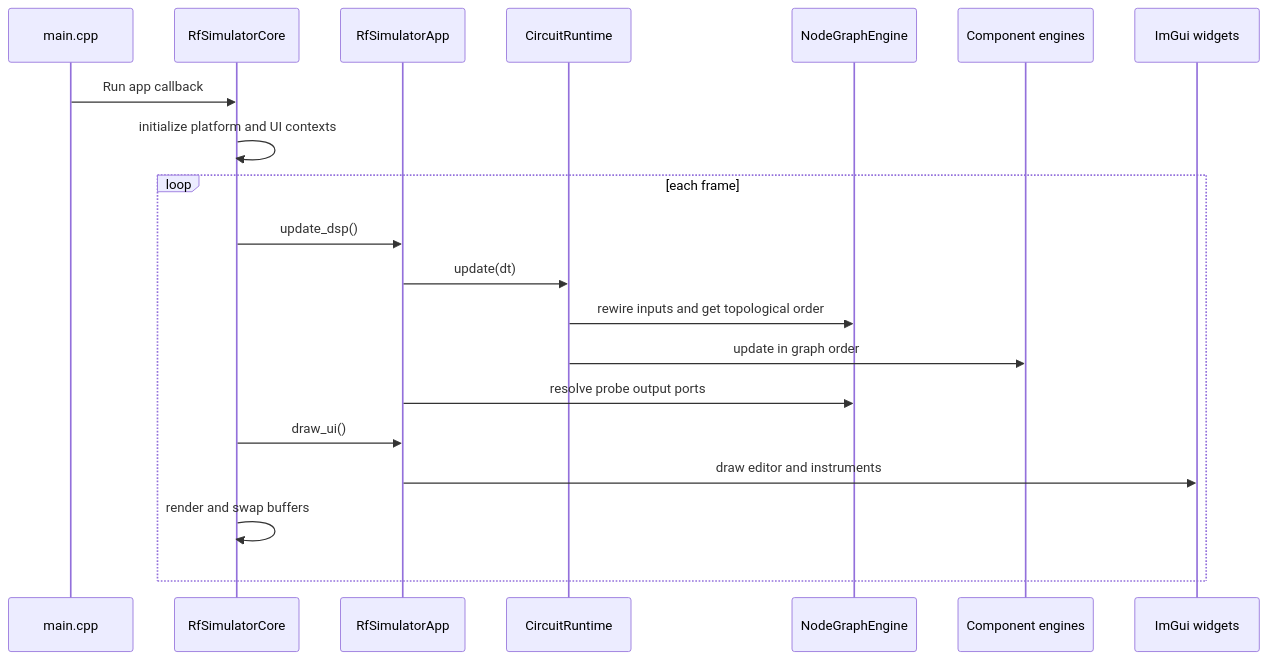
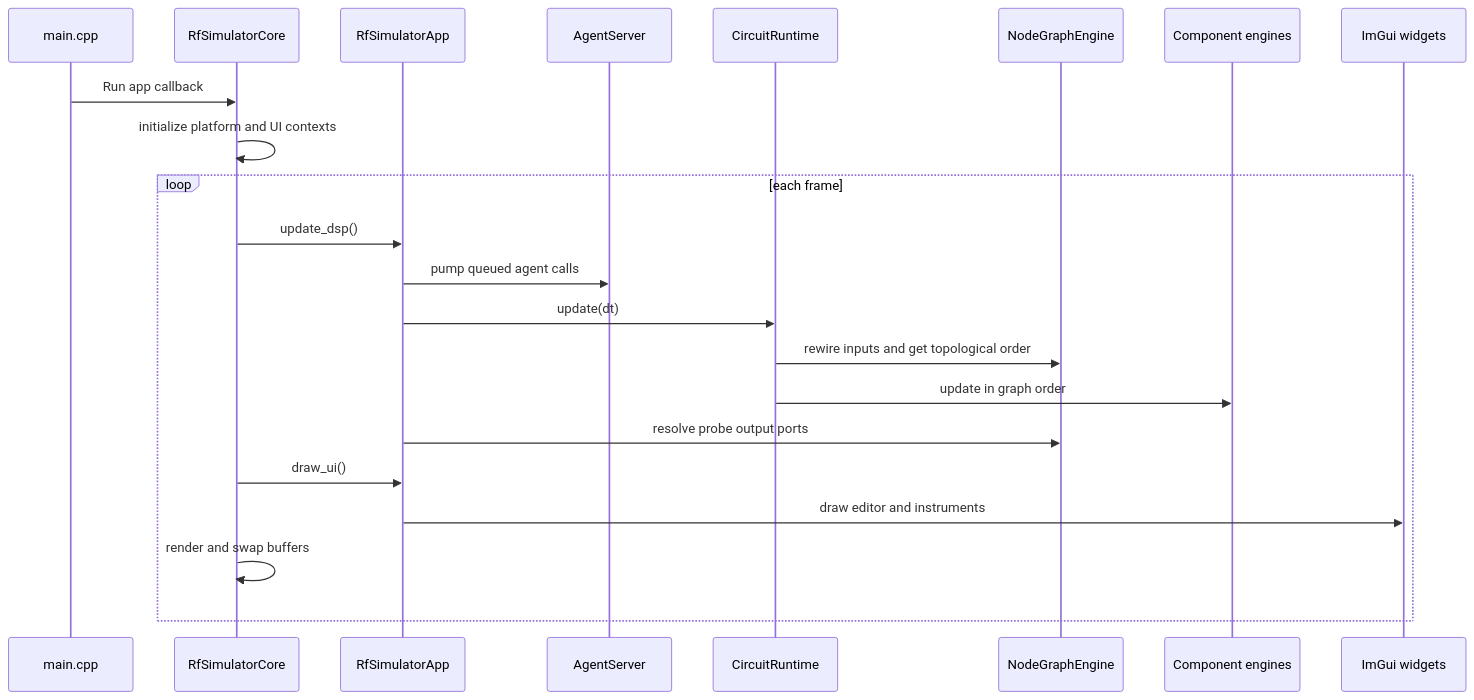
One commit to striderZA/Tiny-RF-Simulator changed the first of 4 diagrams in openwiki/architecture/overview.md. Above: the diagram before and after it, drawn with Mermaid. The commit also changed other lines of this file and 4 other files, not shown here.

First line of the commit message:
docs(wiki): refresh architecture pages for the agent interface

````diff
--- a/openwiki/architecture/overview.md
+++ b/openwiki/architecture/overview.md
@@ -81,22 +99,24 @@
 ```mermaid
 sequenceDiagram
     participant Main as main.cpp
     participant Core as RfSimulatorCore
     participant App as RfSimulatorApp
+    participant Agent as AgentServer
     participant Runtime as CircuitRuntime
     participant Graph as NodeGraphEngine
     participant Engines as Component engines
     participant UI as ImGui widgets
     Main->>Core: Run app callback
     Core->>Core: initialize platform and UI contexts
     loop each frame
         Core->>App: update_dsp()
+        App->>Agent: pump queued agent calls
         App->>Runtime: update(dt)
         Runtime->>Graph: rewire inputs and get topological order
         Runtime->>Engines: update in graph order
         App->>Graph: resolve probe output ports
         Core->>App: draw_ui()
         App->>UI: draw editor and instruments
         Core->>Core: render and swap buffers
     end
 ```
````
